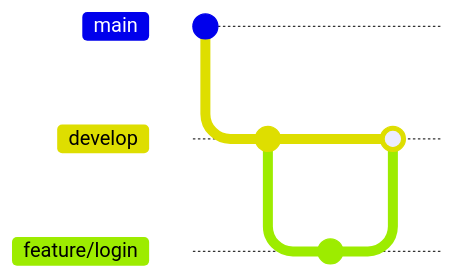
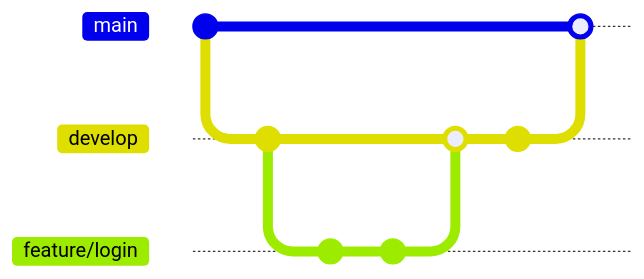
One commit to fightgood/howto_git_basic changed the third of 3 diagrams in README.md. Above: the diagram before and after it, drawn with Mermaid. The commit also changed other lines of this file, not shown here. Commit ids are hidden.

````diff
--- a/README.md
+++ b/README.md
@@ -560,11 +642,16 @@
 ```mermaid
 gitGraph
-   commit
+   commit id: "Initial commit"
    branch develop
    checkout develop
-   commit
+   commit id: "Setup project structure"
    branch feature/login
-   commit
+   checkout feature/login
+   commit id: "Add login form"
+   commit id: "Add authentication logic"
    checkout develop
    merge feature/login
+   commit id: "Update documentation"
+   checkout main
+   merge develop
 ```
````
